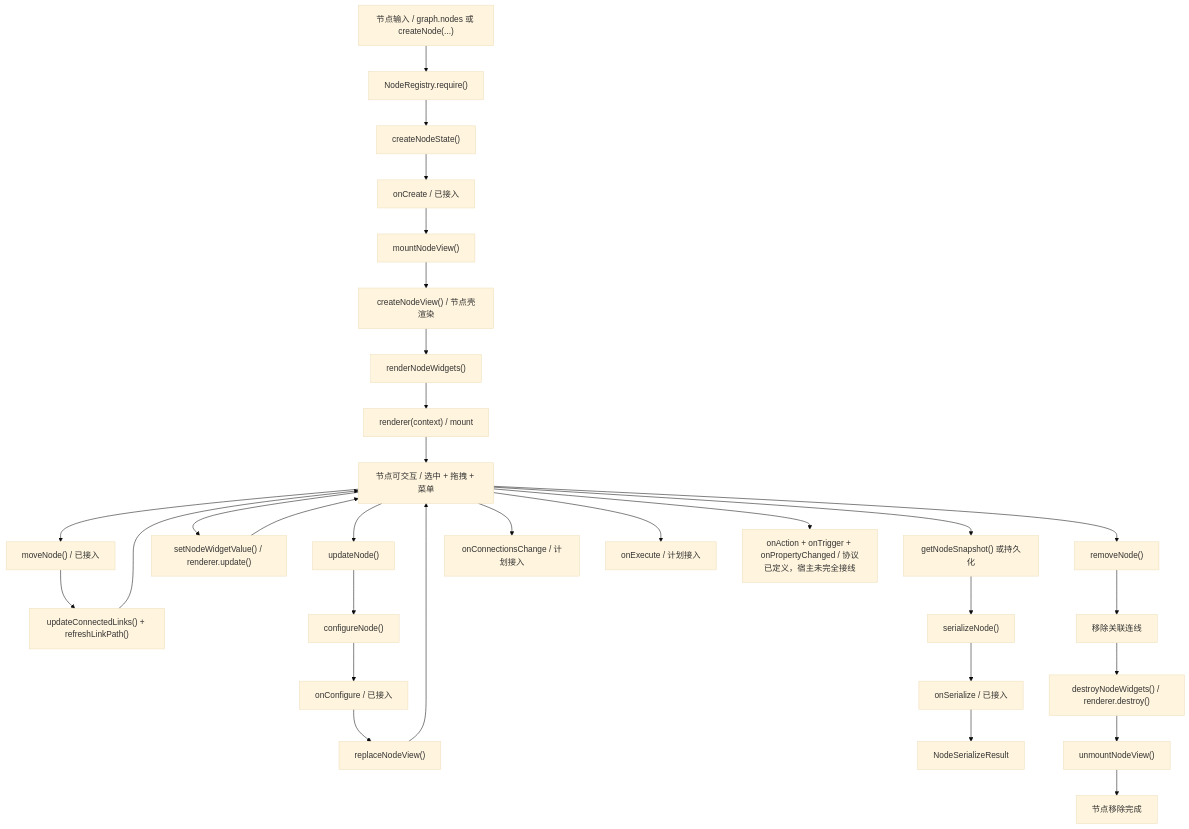
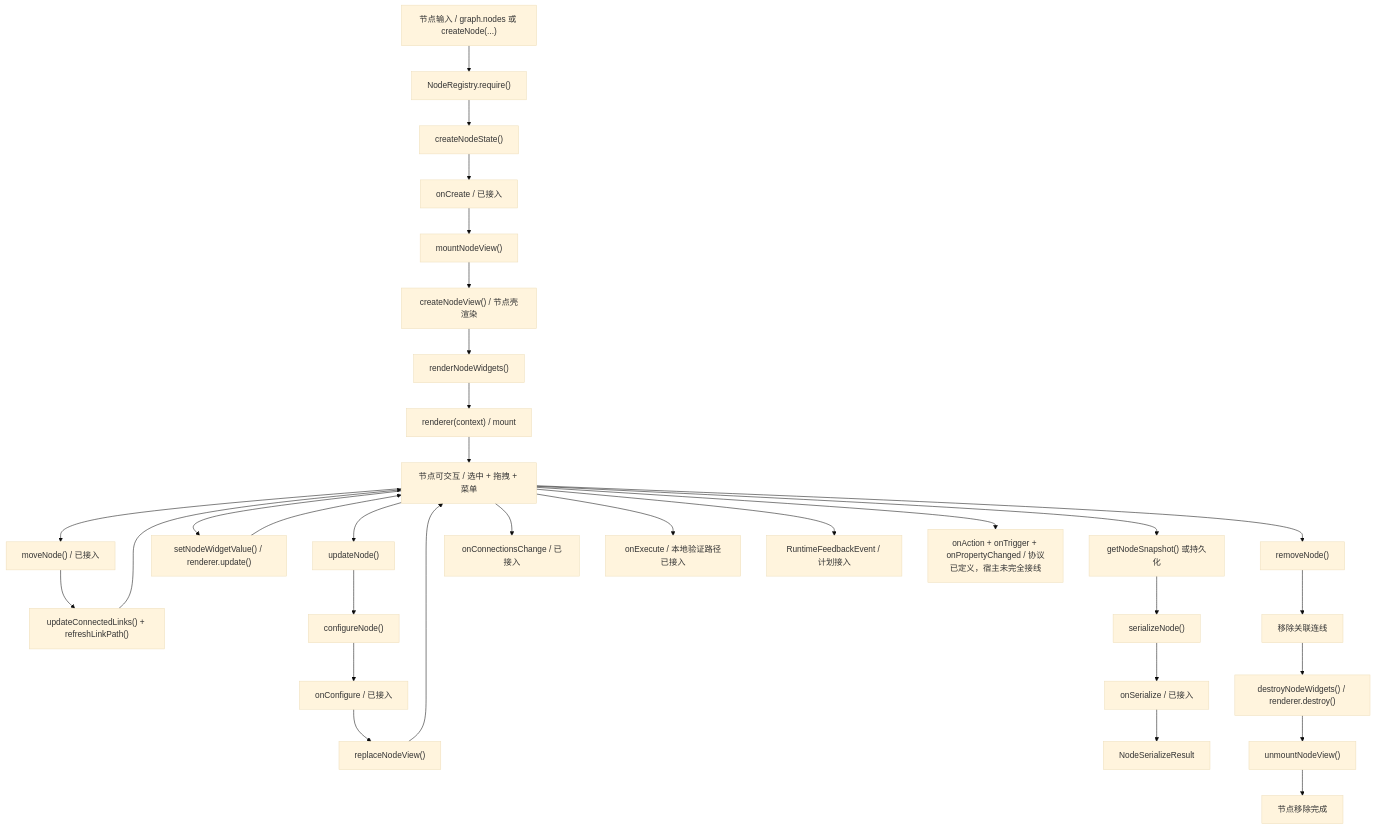
One commit to izumkineno/leafergraph changed the fifth of 5 diagrams in docs/当前节点计划书.md. Above: the diagram before and after it, drawn with Mermaid (base theme). The commit also changed other lines of this file and 1 other file, not shown here.

````diff
--- a/docs/当前节点计划书.md
+++ b/docs/当前节点计划书.md
@@ -257,52 +565,54 @@
 ```mermaid
 flowchart TD
     input_data["节点输入 / graph.nodes 或 createNode(...)"]
     require_def["NodeRegistry.require()"]
     create_state["createNodeState()"]
     life_create["onCreate / 已接入"]
     mount_view["mountNodeView()"]
     build_view["createNodeView() / 节点壳渲染"]
     render_widgets["renderNodeWidgets()"]
     widget_mount["renderer(context) / mount"]
     ready_state["节点可交互 / 选中 + 拖拽 + 菜单"]
 
     move_node["moveNode() / 已接入"]
     refresh_links["updateConnectedLinks() + refreshLinkPath()"]
 
     update_node["updateNode()"]
     configure_node["configureNode()"]
     life_config["onConfigure / 已接入"]
     replace_view["replaceNodeView()"]
     widget_update["setNodeWidgetValue() / renderer.update()"]
 
     serialize_start["getNodeSnapshot() 或持久化"]
     serialize_node["serializeNode()"]
     life_serialize["onSerialize / 已接入"]
     serialize_out["NodeSerializeResult"]
 
     remove_node["removeNode()"]
     remove_links["移除关联连线"]
     destroy_widgets["destroyNodeWidgets() / renderer.destroy()"]
     unmount_view["unmountNodeView()"]
     removed["节点移除完成"]
 
-    future_conn["onConnectionsChange / 计划接入"]
-    future_exec["onExecute / 计划接入"]
+    future_conn["onConnectionsChange / 已接入"]
+    future_exec["onExecute / 本地验证路径已接入"]
+    future_runtime["RuntimeFeedbackEvent / 计划接入"]
     future_action["onAction + onTrigger + onPropertyChanged / 协议已定义，宿主未完全接线"]
 
     input_data --> require_def --> create_state --> life_create --> mount_view
     mount_view --> build_view --> render_widgets --> widget_mount --> ready_state
 
     ready_state --> move_node --> refresh_links --> ready_state
 
     ready_state --> update_node --> configure_node --> life_config --> replace_view --> ready_state
     ready_state --> widget_update --> ready_state
 
     ready_state --> serialize_start --> serialize_node --> life_serialize --> serialize_out
 
     ready_state --> remove_node --> remove_links --> destroy_widgets --> unmount_view --> removed
 
     ready_state --> future_conn
     ready_state --> future_exec
+    ready_state --> future_runtime
     ready_state --> future_action
 ```
````
